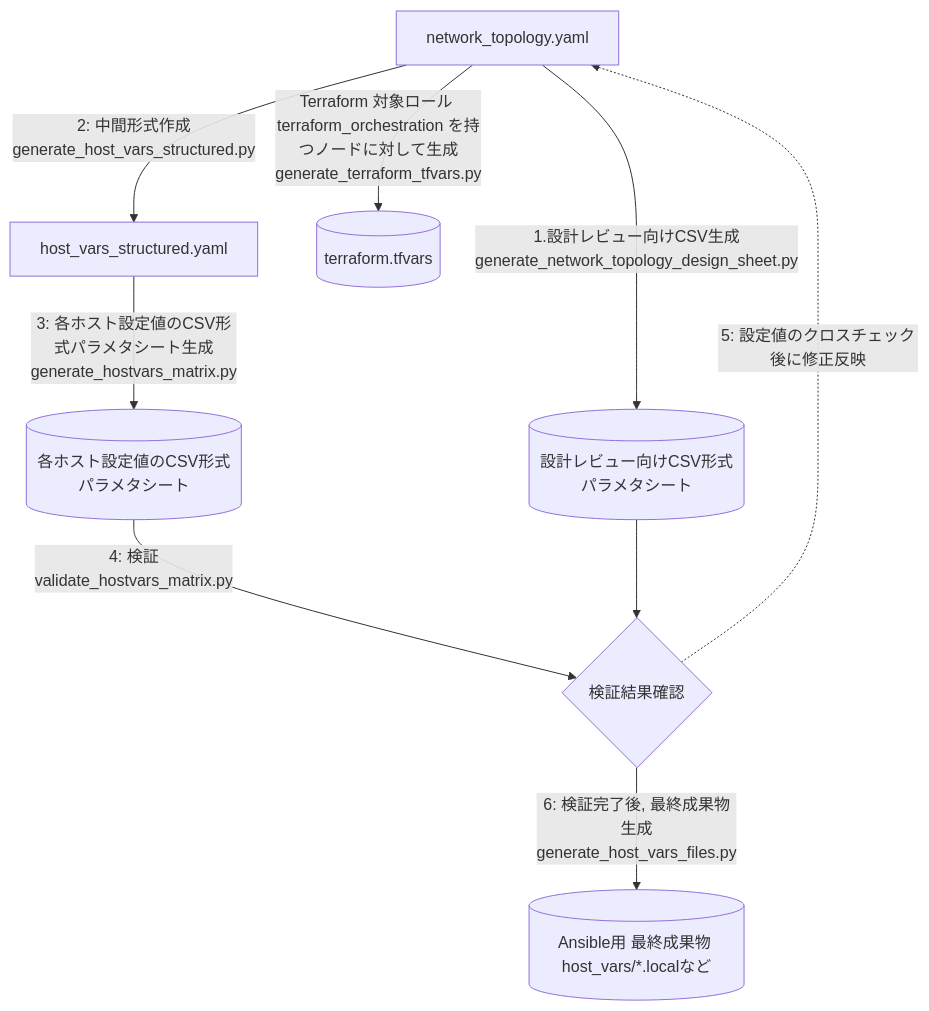
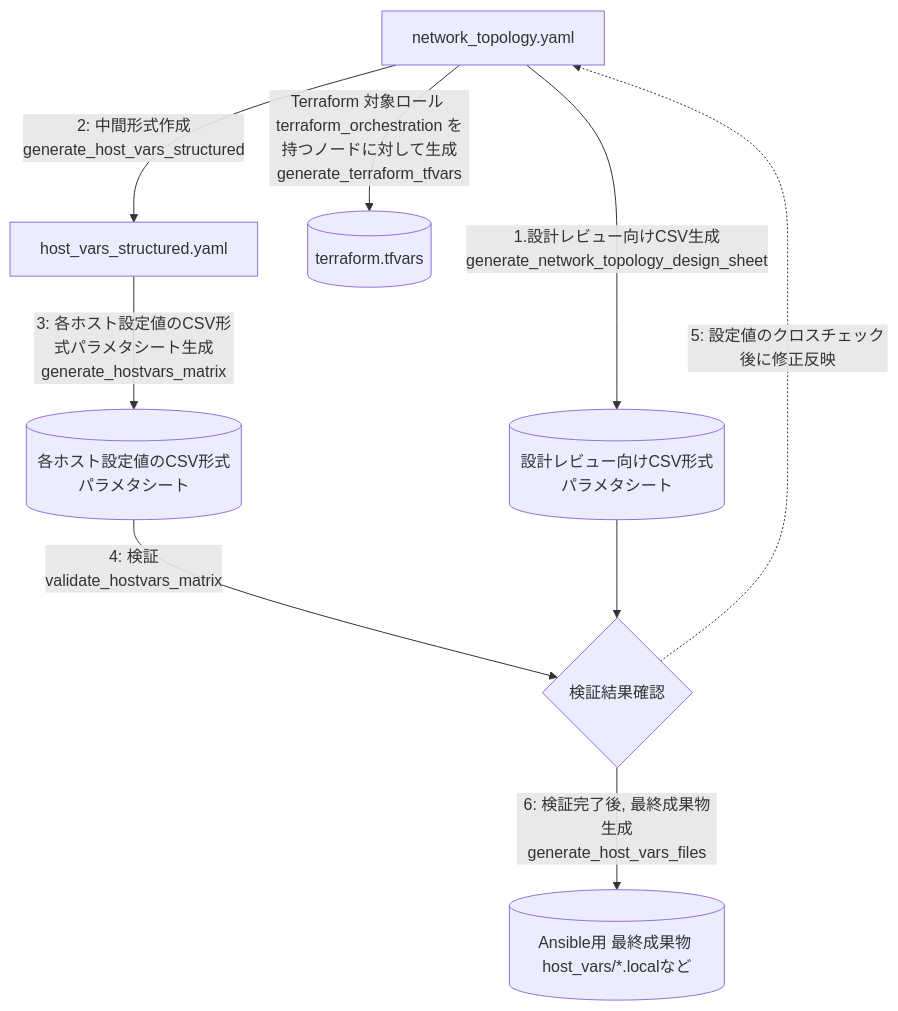
The diagram in docs/SPECIFICATION.md (takeharukato/ansibleConfigGenerator), drawn with Mermaid before and after one commit. The commit also changed other lines of this file and 40 other files, not shown here.

````diff
--- a/docs/SPECIFICATION.md
+++ b/docs/SPECIFICATION.md
@@ -10,19 +10,19 @@
 ```mermaid
 flowchart TD
     A[network_topology.yaml]
     B[host_vars_structured.yaml]
     C[(各ホスト設定値のCSV形式パラメタシート)]
     D{検証結果確認}
     E[(Ansible用 最終成果物 host_vars/*.localなど)]
     F[(terraform.tfvars)]
     G[(設計レビュー向けCSV形式パラメタシート)]
 
-    A -->|1.設計レビュー向けCSV生成<br/>generate_network_topology_design_sheet.py| G
-     A -->|2: 中間形式作成<br/>generate_host_vars_structured.py| B
-    B -->|3: 各ホスト設定値のCSV形式パラメタシート生成<br/>generate_hostvars_matrix.py| C
-    C -->|4: 検証<br/>validate_hostvars_matrix.py| D
+    A -->|1.設計レビュー向けCSV生成<br/>generate_network_topology_design_sheet| G
+     A -->|2: 中間形式作成<br/>generate_host_vars_structured| B
+    B -->|3: 各ホスト設定値のCSV形式パラメタシート生成<br/>generate_hostvars_matrix| C
+    C -->|4: 検証<br/>validate_hostvars_matrix| D
     D -.->|5: 設定値のクロスチェック後に修正反映| A
-    D -->|6: 検証完了後, 最終成果物生成<br/>generate_host_vars_files.py| E
-    A -->|Terraform 対象ロール terraform_orchestration を持つノードに対して生成<br/>generate_terraform_tfvars.py| F
+    D -->|6: 検証完了後, 最終成果物生成<br/>generate_host_vars_files| E
+    A -->|Terraform 対象ロール terraform_orchestration を持つノードに対して生成<br/>generate_terraform_tfvars| F
     G --> D
 ```
````
